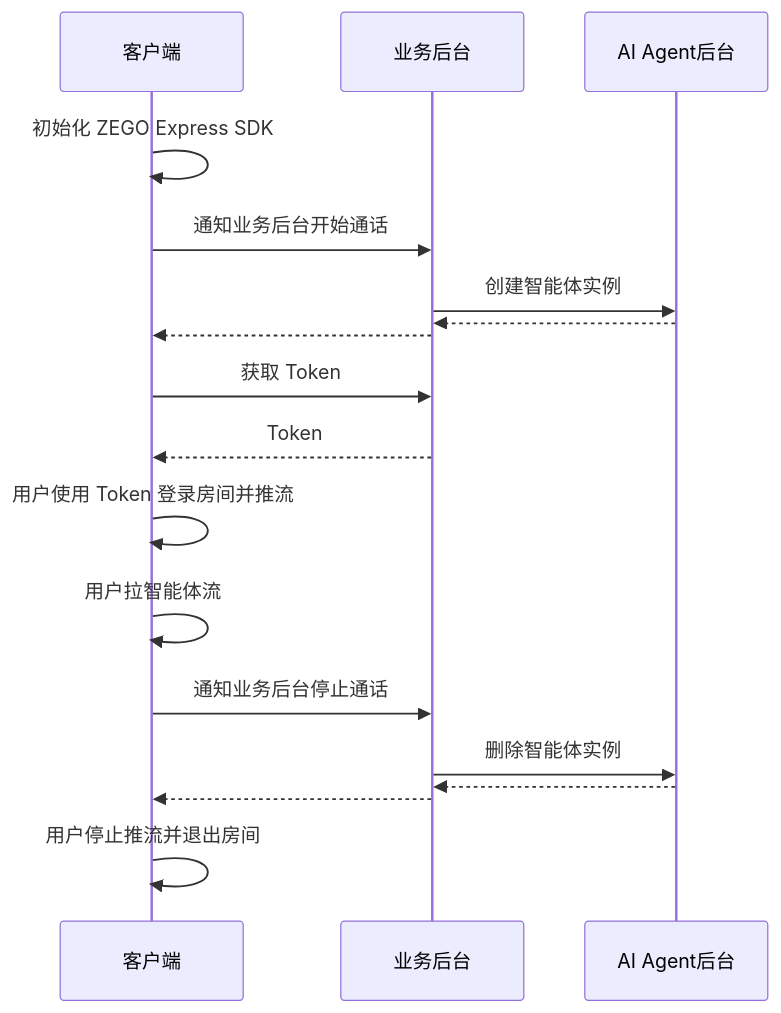
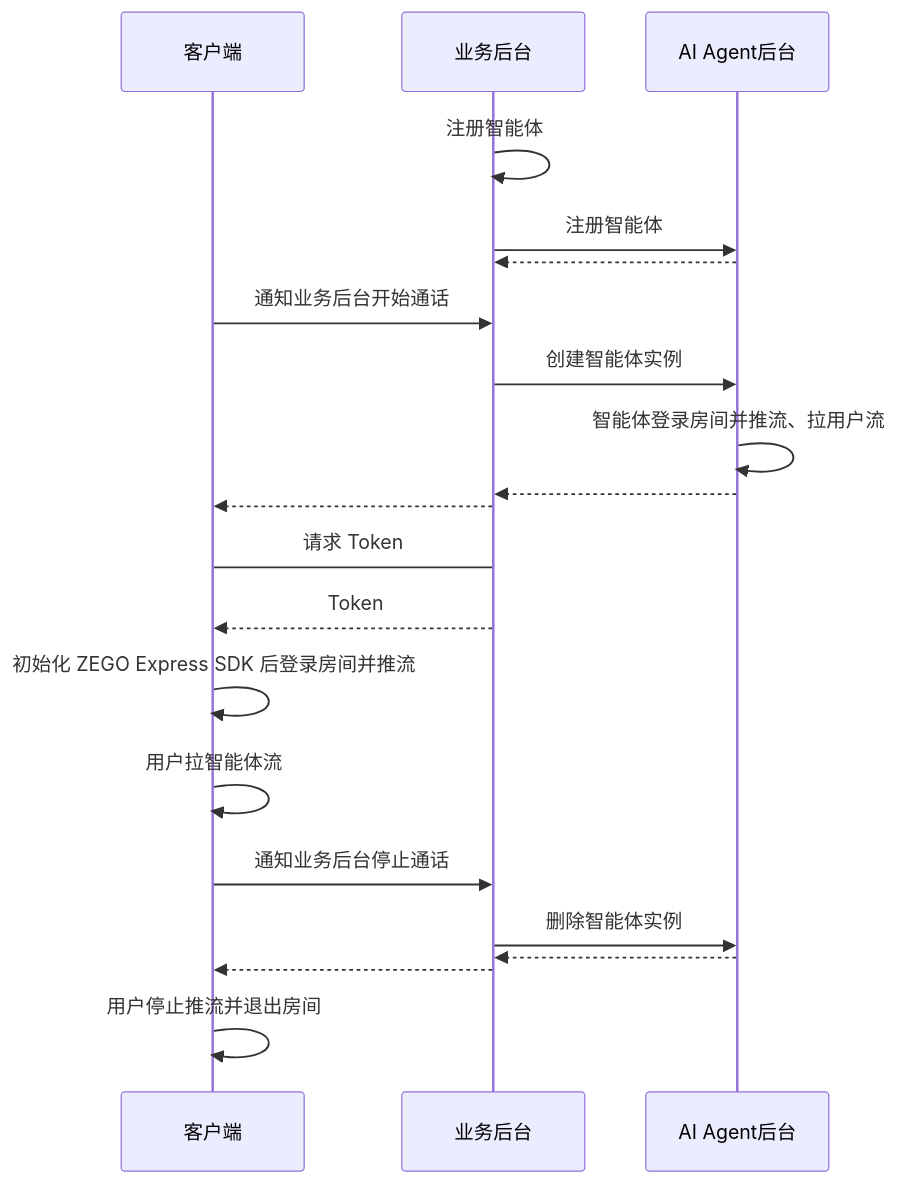
Before and after one commit to ZEGOCLOUD/docs_all: the diagram in core_products/aiagent/zh/docs_aiagent_android_zh/Quick start.mdx, drawn with Mermaid. The commit also changed other lines of this file and 1 other file, not shown here.

````diff
--- a/core_products/aiagent/zh/docs_aiagent_android_zh/Quick start.mdx
+++ b/core_products/aiagent/zh/docs_aiagent_android_zh/Quick start.mdx
@@ -54,27 +54,31 @@
 ```mermaid
 sequenceDiagram
     participant 客户端
     participant 业务后台
     participant AI Agent后台
     
-    客户端->>客户端: 初始化 ZEGO Express SDK
-    
+    业务后台->>业务后台: 注册智能体
+    业务后台->>AI Agent后台: 注册智能体
+    AI Agent后台-->>业务后台: 
+
     客户端->>业务后台: 通知业务后台开始通话
     业务后台->>AI Agent后台: 创建智能体实例
+    AI Agent后台->>AI Agent后台: 智能体登录房间并推流、拉用户流
     AI Agent后台-->>业务后台: 
     业务后台-->>客户端: 
     
-    客户端->>业务后台: 获取 Token
+    客户端->业务后台: 请求 Token
     业务后台-->>客户端: Token
     
-    客户端->>客户端: 用户使用 Token 登录房间并推流
+    客户端->>客户端: 初始化 ZEGO Express SDK 后登录房间并推流
+    
     
     客户端->>客户端: 用户拉智能体流
     
     客户端->>业务后台: 通知业务后台停止通话
     业务后台->>AI Agent后台: 删除智能体实例
     AI Agent后台-->>业务后台: 
     业务后台-->>客户端: 
     
     客户端->>客户端: 用户停止推流并退出房间
 ```
````
